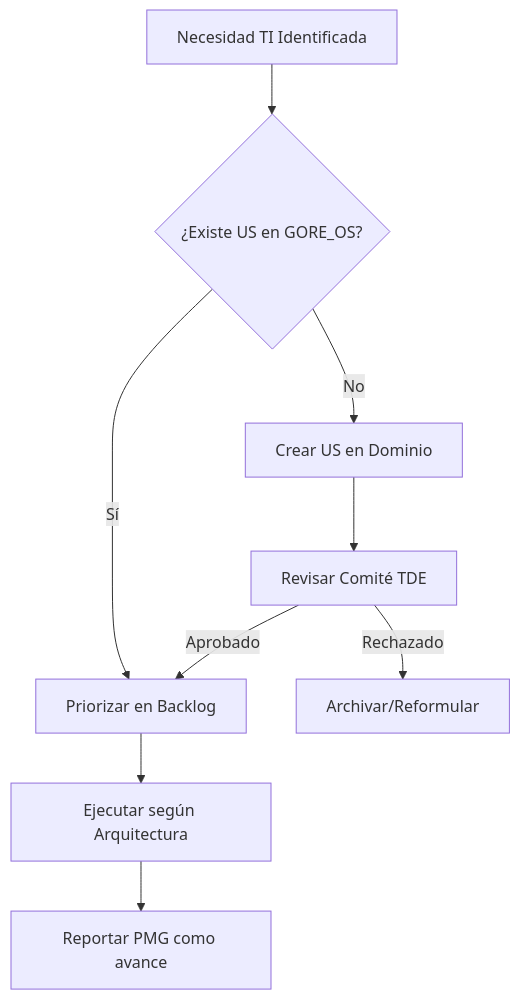
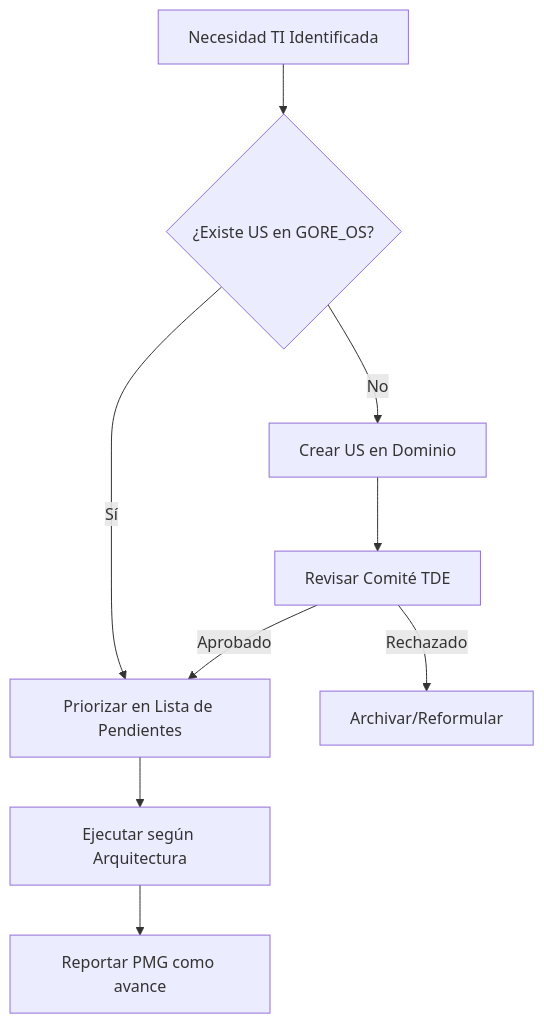
One commit to felix-antonio-sl/gore_os changed the diagram in docs/blueprint/governance/marco_coexistencia_ptd_goreos.md. Above: the diagram before and after it, drawn with Mermaid. The commit also changed other lines of this file and 13 other files, not shown here.

````diff
--- a/docs/blueprint/governance/marco_coexistencia_ptd_goreos.md
+++ b/docs/blueprint/governance/marco_coexistencia_ptd_goreos.md
@@ -108,11 +108,11 @@
 ```mermaid
 flowchart TD
     A[Necesidad TI Identificada] --> B{¿Existe US en GORE_OS?}
-    B -->|Sí| C[Priorizar en Backlog]
+    B -->|Sí| C[Priorizar en Lista de Pendientes]
     B -->|No| D[Crear US en Dominio]
     D --> E[Revisar Comité TDE]
     E -->|Aprobado| C
     E -->|Rechazado| F[Archivar/Reformular]
     C --> G[Ejecutar según Arquitectura]
     G --> H[Reportar PMG como avance]
 ```
````
